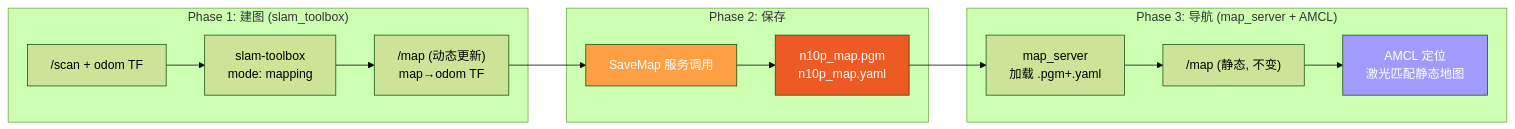
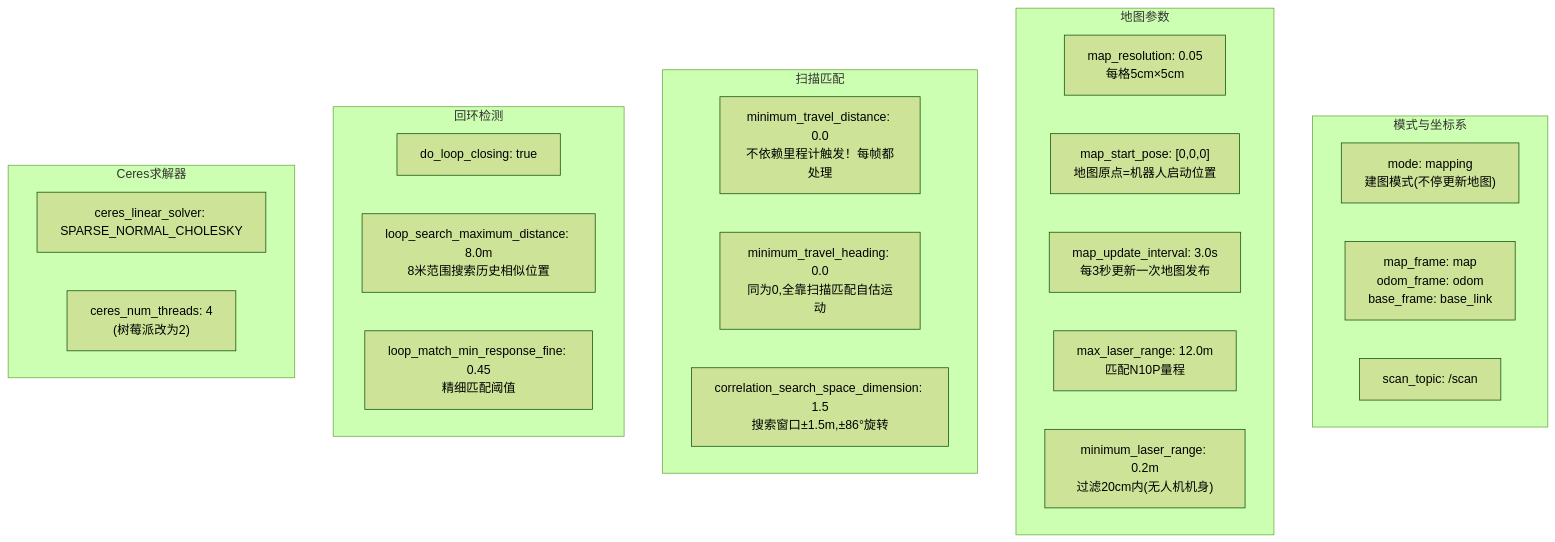
Diagram 18 of 25 in learn.md (yangou-ylz/n10p_laser_ros2), drawn with Mermaid (forest theme) before and after one commit. The commit also changed other lines of this file and 32 other files, not shown here.

````diff
--- a/learn.md
+++ b/learn.md
@@ -3039,22 +1500,33 @@
 ```mermaid
-flowchart LR
-    subgraph PHASE1["Phase 1: 建图 (slam_toolbox)"]
-        SLAM_IN["/scan + odom TF"] --> SLAM_PROC["slam-toolbox<br/>mode: mapping"] --> SLAM_OUT["/map (动态更新)<br/>map→odom TF"]
+flowchart TB
+    subgraph MODE["模式与坐标系"]
+        M1["mode: mapping<br/>建图模式(不停更新地图)"]
+        M2["map_frame: map<br/>odom_frame: odom<br/>base_frame: base_link"]
+        M3["scan_topic: /scan"]
     end
 
-    subgraph PHASE2["Phase 2: 保存"]
-        SAVE["SaveMap 服务调用"] --> FILE["n10p_map.pgm<br/>n10p_map.yaml"]
+    subgraph MAP["地图参数"]
+        MAP1["map_resolution: 0.05<br/>每格5cm×5cm"]
+        MAP2["map_start_pose: [0,0,0]<br/>地图原点=机器人启动位置"]
+        MAP3["map_update_interval: 3.0s<br/>每3秒更新一次地图发布"]
+        MAP4["max_laser_range: 12.0m<br/>匹配N10P量程"]
+        MAP5["minimum_laser_range: 0.2m<br/>过滤20cm内(无人机机身)"]
     end
 
-    subgraph PHASE3["Phase 3: 导航 (map_server + AMCL)"]
-        LOAD["map_server<br/>加载 .pgm+.yaml"] --> STATIC_MAP["/map (静态, 不变)"]
-        STATIC_MAP --> AMCL["AMCL 定位<br/>激光匹配静态地图"]
+    subgraph MATCH["扫描匹配"]
+        MATCH1["minimum_travel_distance: 0.0<br/>不依赖里程计触发！每帧都处理"]
+        MATCH2["minimum_travel_heading: 0.0<br/>同为0,全靠扫描匹配自估运动"]
+        MATCH3["correlation_search_space_dimension: 1.5<br/>搜索窗口±1.5m,±86°旋转"]
     end
 
-    SLAM_OUT --> SAVE
-    FILE --> LOAD
+    subgraph LOOP["回环检测"]
+        LOOP1["do_loop_closing: true"]
+        LOOP2["loop_search_maximum_distance: 8.0m<br/>8米范围搜索历史相似位置"]
+        LOOP3["loop_match_min_response_fine: 0.45<br/>精细匹配阈值"]
+    end
 
-    style SAVE fill:#ff9f43,color:#fff
-    style FILE fill:#ee5a24,color:#fff
-    style AMCL fill:#a29bfe,color:#fff
+    subgraph SOLVER["Ceres求解器"]
+        SOLVER1["ceres_linear_solver: SPARSE_NORMAL_CHOLESKY"]
+        SOLVER2["ceres_num_threads: 4<br/>(树莓派改为2)"]
+    end
 ```
````
